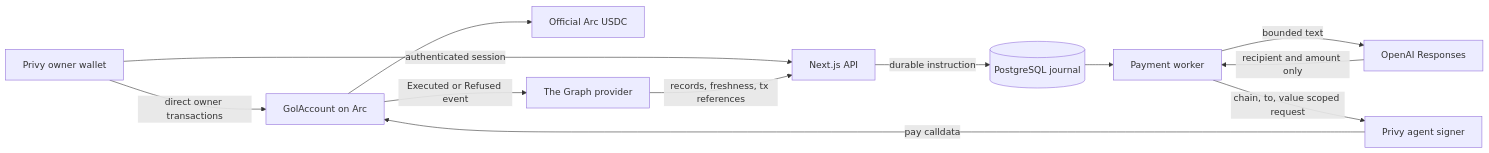
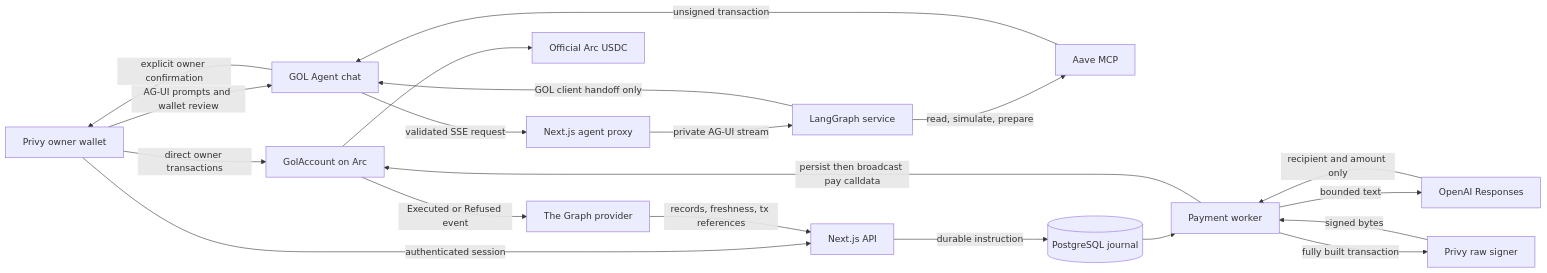
Before and after one commit to Gol-Network/gol-network: the diagram in ARCHITECTURE.md, drawn with Mermaid. The commit also changed other lines of this file and 119 other files, not shown here.

````diff
--- a/ARCHITECTURE.md
+++ b/ARCHITECTURE.md
@@ -9,14 +9,22 @@
 ```mermaid
 flowchart LR
   O[Privy owner wallet] -->|direct owner transactions| C[GolAccount on Arc]
+  O -->|AG-UI prompts and wallet review| UI[GOL Agent chat]
+  UI -->|validated SSE request| B[Next.js agent proxy]
+  B -->|private AG-UI stream| L[LangGraph service]
+  L -->|read, simulate, prepare| A[Aave MCP]
+  L -->|GOL client handoff only| UI
+  A -->|unsigned transaction| UI
+  UI -->|explicit owner confirmation| O
   O -->|authenticated session| W[Next.js API]
   W -->|durable instruction| D[(PostgreSQL journal)]
   D --> R[Payment worker]
   R -->|bounded text| M[OpenAI Responses]
   M -->|recipient and amount only| R
-  R -->|chain, to, value scoped request| P[Privy agent signer]
-  P -->|pay calldata| C
+  R -->|fully built transaction| P[Privy raw signer]
+  P -->|signed bytes| R
+  R -->|persist then broadcast pay calldata| C
   C --> U[Official Arc USDC]
   C -->|Executed or Refused event| G[The Graph provider]
   G -->|records, freshness, tx references| W
 ```
````
